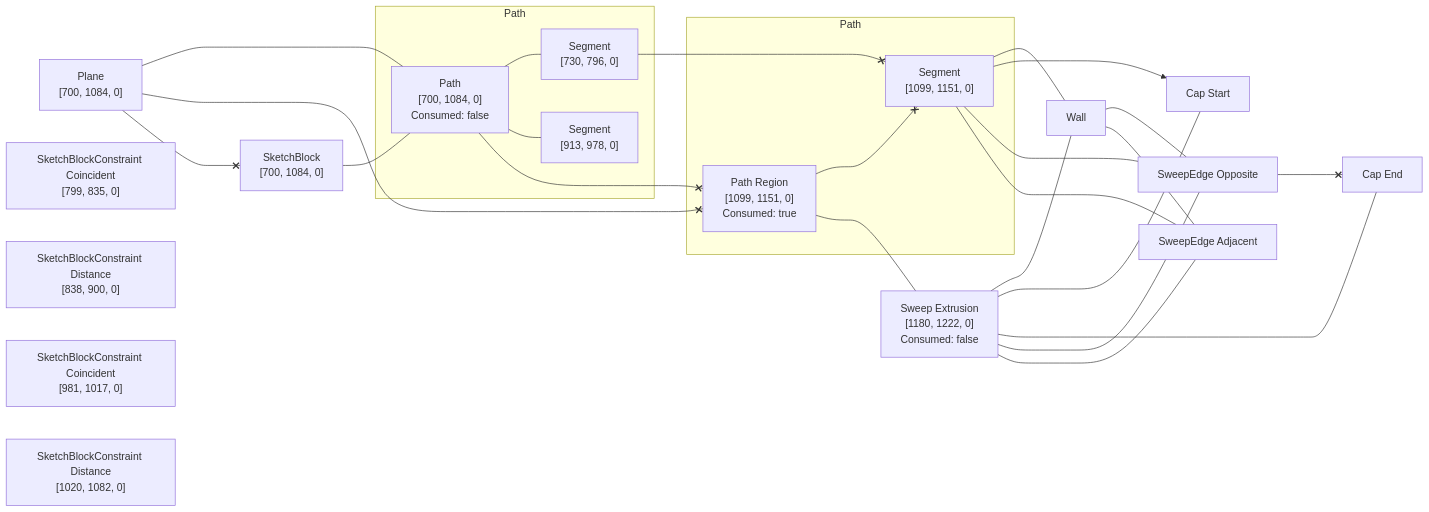
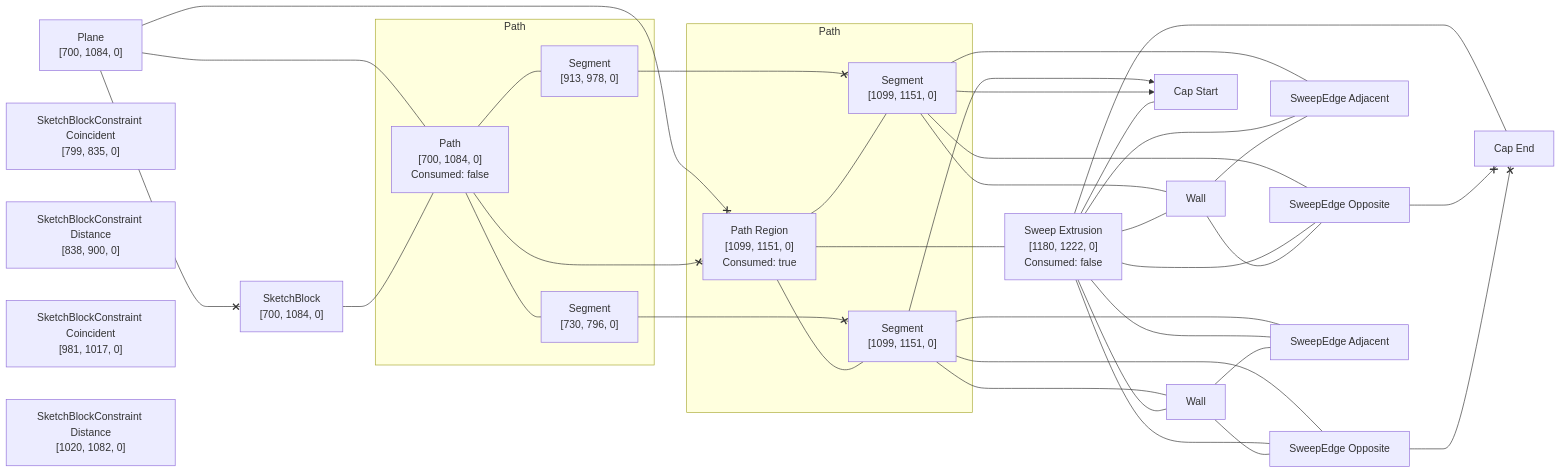
The diagram in rust/kcl-lib/tests/kcl_samples/washer/artifact_graph_flowchart.snap.md (KittyCAD/modeling-app), drawn with Mermaid before and after one commit. The commit also changed 201 other files, not shown here.

````diff
--- a/rust/kcl-lib/tests/kcl_samples/washer/artifact_graph_flowchart.snap.md
+++ b/rust/kcl-lib/tests/kcl_samples/washer/artifact_graph_flowchart.snap.md
@@ -1,61 +1,79 @@
 ```mermaid
 flowchart LR
   subgraph path2 [Path]
     2["Path<br>[700, 1084, 0]<br>Consumed: false"]
       %% [ProgramBodyItem { index: 3 }, VariableDeclarationDeclaration, VariableDeclarationInit]
     3["Segment<br>[730, 796, 0]"]
       %% [ProgramBodyItem { index: 3 }, VariableDeclarationDeclaration, VariableDeclarationInit, SketchBlockBody, SketchBlockBodyItem { index: 0 }, VariableDeclarationDeclaration, VariableDeclarationInit]
     4["Segment<br>[913, 978, 0]"]
       %% [ProgramBodyItem { index: 3 }, VariableDeclarationDeclaration, VariableDeclarationInit, SketchBlockBody, SketchBlockBodyItem { index: 3 }, VariableDeclarationDeclaration, VariableDeclarationInit]
   end
   subgraph path5 [Path]
     5["Path Region<br>[1099, 1151, 0]<br>Consumed: true"]
       %% [ProgramBodyItem { index: 4 }, VariableDeclarationDeclaration, VariableDeclarationInit]
     6["Segment<br>[1099, 1151, 0]"]
       %% [ProgramBodyItem { index: 4 }, VariableDeclarationDeclaration, VariableDeclarationInit]
+    7["Segment<br>[1099, 1151, 0]"]
+      %% [ProgramBodyItem { index: 4 }, VariableDeclarationDeclaration, VariableDeclarationInit]
   end
   1["Plane<br>[700, 1084, 0]"]
     %% [ProgramBodyItem { index: 3 }, VariableDeclarationDeclaration, VariableDeclarationInit]
-  7["Sweep Extrusion<br>[1180, 1222, 0]<br>Consumed: false"]
+  8["Sweep Extrusion<br>[1180, 1222, 0]<br>Consumed: false"]
     %% [ProgramBodyItem { index: 6 }, VariableDeclarationDeclaration, VariableDeclarationInit]
-  8[Wall]
+  9[Wall]
     %% face_code_ref=Missing NodePath
-  9["Cap Start"]
+  10[Wall]
     %% face_code_ref=Missing NodePath
-  10["Cap End"]
+  11["Cap Start"]
     %% face_code_ref=Missing NodePath
-  11["SweepEdge Opposite"]
-  12["SweepEdge Adjacent"]
-  13["SketchBlock<br>[700, 1084, 0]"]
+  12["Cap End"]
+    %% face_code_ref=Missing NodePath
+  13["SweepEdge Opposite"]
+  14["SweepEdge Adjacent"]
+  15["SweepEdge Opposite"]
+  16["SweepEdge Adjacent"]
+  17["SketchBlock<br>[700, 1084, 0]"]
     %% [ProgramBodyItem { index: 3 }, VariableDeclarationDeclaration, VariableDeclarationInit]
-  14["SketchBlockConstraint Coincident<br>[799, 835, 0]"]
+  18["SketchBlockConstraint Coincident<br>[799, 835, 0]"]
     %% [ProgramBodyItem { index: 3 }, VariableDeclarationDeclaration, VariableDeclarationInit, SketchBlockBody, SketchBlockBodyItem { index: 1 }, ExpressionStatementExpr]
-  15["SketchBlockConstraint Distance<br>[838, 900, 0]"]
+  19["SketchBlockConstraint Distance<br>[838, 900, 0]"]
     %% [ProgramBodyItem { index: 3 }, VariableDeclarationDeclaration, VariableDeclarationInit, SketchBlockBody, SketchBlockBodyItem { index: 2 }, ExpressionStatementExpr]
-  16["SketchBlockConstraint Coincident<br>[981, 1017, 0]"]
+  20["SketchBlockConstraint Coincident<br>[981, 1017, 0]"]
     %% [ProgramBodyItem { index: 3 }, VariableDeclarationDeclaration, VariableDeclarationInit, SketchBlockBody, SketchBlockBodyItem { index: 4 }, ExpressionStatementExpr]
-  17["SketchBlockConstraint Distance<br>[1020, 1082, 0]"]
+  21["SketchBlockConstraint Distance<br>[1020, 1082, 0]"]
     %% [ProgramBodyItem { index: 3 }, VariableDeclarationDeclaration, VariableDeclarationInit, SketchBlockBody, SketchBlockBodyItem { index: 5 }, ExpressionStatementExpr]
   1 --- 2
   1 <--x 5
-  1 <--x 13
+  1 <--x 17
   2 --- 3
   2 --- 4
   2 <--x 5
-  13 --- 2
+  17 --- 2
   3 <--x 6
-  5 <--x 6
-  5 ---- 7
-  6 --- 8
-  6 x--> 9
-  6 --- 11
-  6 --- 12
-  7 --- 8
+  4 <--x 7
+  5 --- 6
+  5 --- 7
+  5 ---- 8
+  6 --- 10
+  6 x--> 11
+  6 --- 15
+  6 --- 16
   7 --- 9
-  7 --- 10
-  7 --- 11
-  7 --- 12
+  7 x--> 11
+  7 --- 13
+  7 --- 14
+  8 --- 9
+  8 --- 10
   8 --- 11
   8 --- 12
-  11 <--x 10
+  8 --- 13
+  8 --- 14
+  8 --- 15
+  8 --- 16
+  9 --- 13
+  9 --- 14
+  10 --- 15
+  10 --- 16
+  13 <--x 12
+  15 <--x 12
 ```
````
